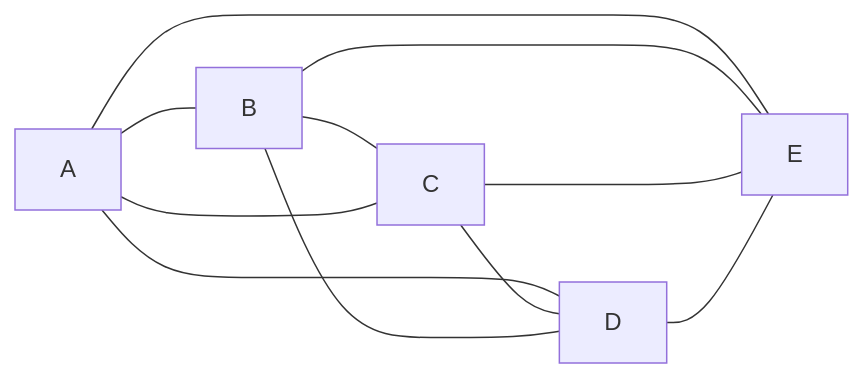
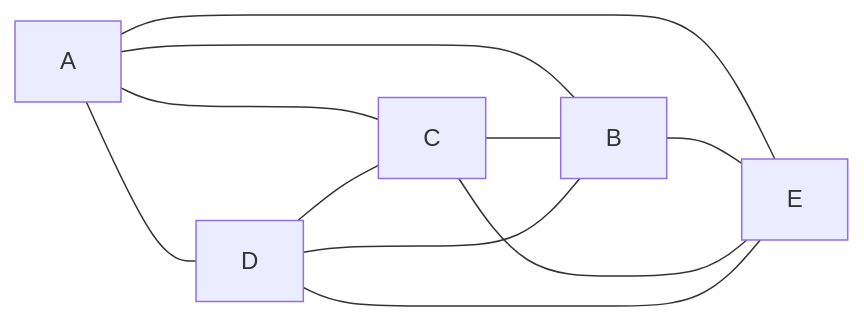
One commit to shafayat1004/My-Knowledge-Base changed the fourth of 8 diagrams in vault/Data Communication.md. Above: the diagram before and after it, drawn with Mermaid. The commit also changed other lines of this file and 11 other files, not shown here.

````diff
--- a/vault/Data Communication.md
+++ b/vault/Data Communication.md
@@ -44,13 +44,7 @@
 ```mermaid
 graph LR
-    A---B
-    B---C
-    C---A
-    A---D
-    C---D
-    B---D
-    A---E
-    B---E
-    C---E
-    D---E
+    A & B & C & D --- E
+    A & C & D --- B
+    A & D --- C
+    A --- D
 ```
````
